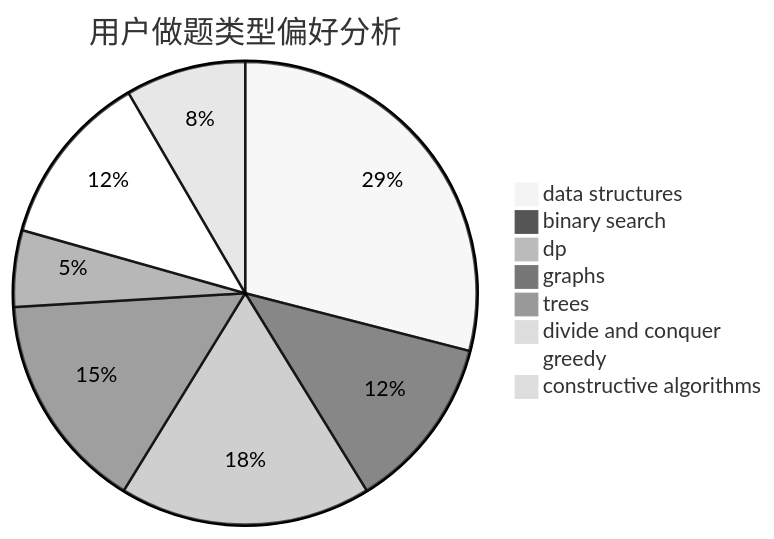
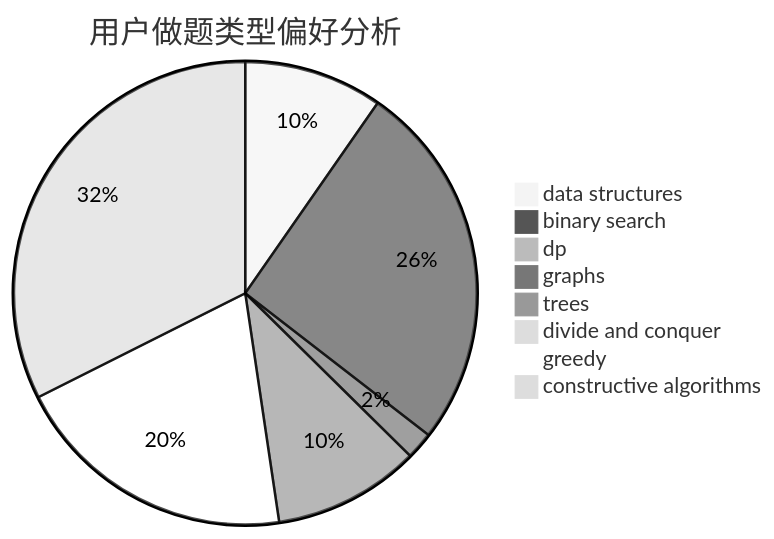
The second of 3 diagrams in docs/user/u2024.md (sherpahu/cfrs.github.io), drawn with Mermaid (neutral theme) before and after one commit. The commit also changed other lines of this file and 2770 other files, not shown here.

````diff
--- a/docs/user/u2024.md
+++ b/docs/user/u2024.md
@@ -23,11 +23,11 @@
 ```mermaid
 pie title 用户做题类型偏好分析
-    "data structures" :  38
-    "binary search" :  16
-    "dp" :  23
-    "graphs" :  20
-    "trees" :  7
+    "data structures" :  66
+    "binary search" :  176
+    "dp" :  1
+    "graphs" :  13
+    "trees" :  70
     "divide and conquer" :  0
-    "greedy" :  16
-    "constructive algorithms" :  11
+    "greedy" :  136
+    "constructive algorithms" :  221
 ```
````
